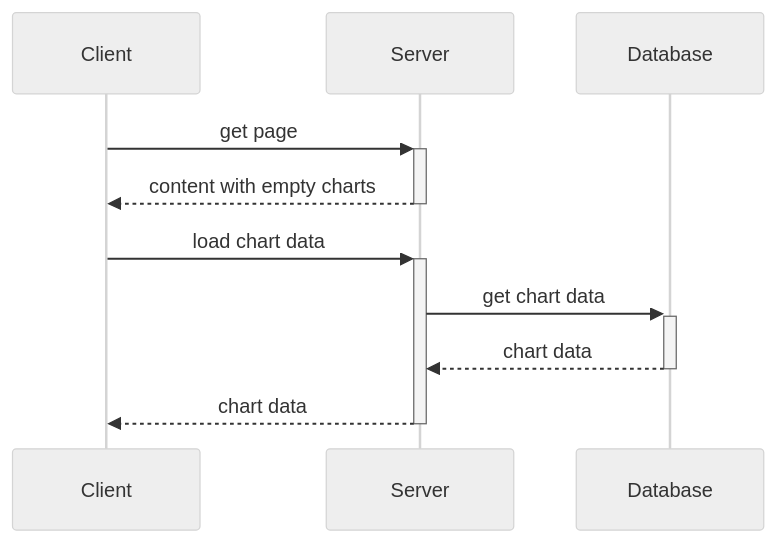
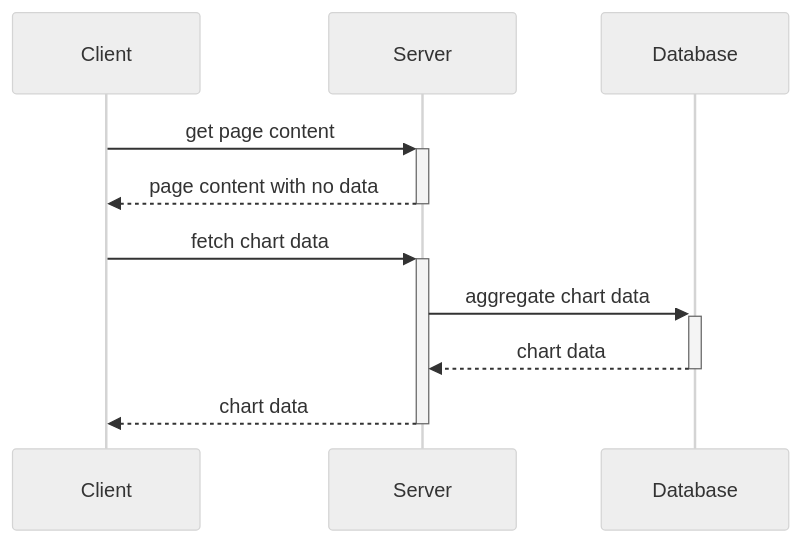
Before and after one commit to matteopolak/a-slice-of-pi: the diagram in README.md, drawn with Mermaid (neutral theme).

Commit message:
docs: update sequence diagram

````diff
--- a/README.md
+++ b/README.md
@@ -40,13 +40,13 @@
 ```mermaid
 sequenceDiagram
   participant C as Client
   participant S as Server
   participant D as Database
 
-  C->>+S: get page
-  S-->>-C: content with empty charts
-  C->>+S: load chart data
-  S->>+D: get chart data
+  C->>+S: get page content
+  S-->>-C: page content with no data
+  C->>+S: fetch chart data
+  S->>+D: aggregate chart data
   D-->>-S: chart data
   S-->>-C: chart data
 ```
````
